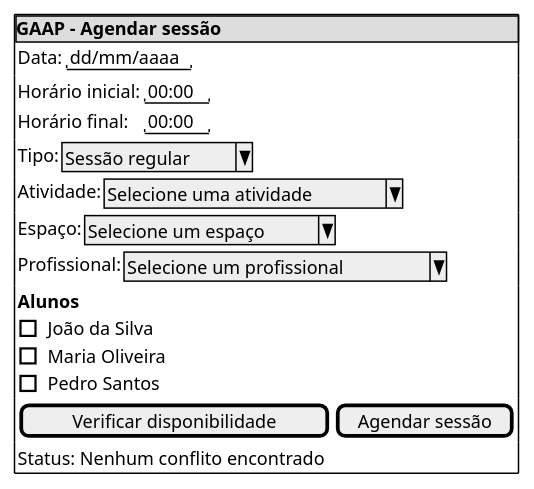
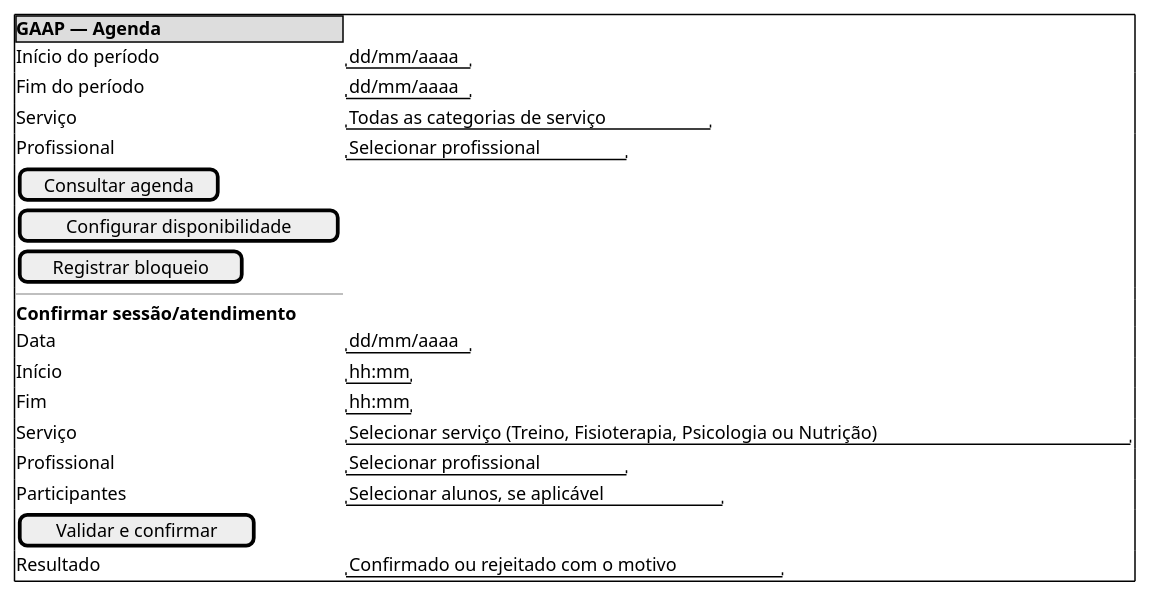
One commit to Projetos-de-Extensao/PECDII_26.2_8001_I changed the third of 5 diagrams in docs/Iniciacao/prototipo_baixa_fidelidade.md. Above: the diagram before and after it, drawn with PlantUML. The commit also changed other lines of this file and 15 other files, not shown here.

````diff
--- a/docs/Iniciacao/prototipo_baixa_fidelidade.md
+++ b/docs/Iniciacao/prototipo_baixa_fidelidade.md
@@ -148,47 +56,24 @@
 ```plantuml
 @startsalt
 {+
-    {* <b>GAAP - Agendar sessão}
-
-    {
-        Data: | "dd/mm/aaaa"
-    }
-
-    {
-        Horário inicial: | "00:00"
-        Horário final: | "00:00"
-    }
-
-    {
-        Tipo: | ^Sessão regular^
-    }
-
-    {
-        Atividade: | ^Selecione uma atividade^
-    }
-
-    {
-        Espaço: | ^Selecione um espaço^
-    }
-
-    {
-        Profissional: | ^Selecione um profissional^
-    }
-
-    {
-        <b>Alunos
-        [ ] João da Silva
-        [ ] Maria Oliveira
-        [ ] Pedro Santos
-    }
-
-    {
-        [Verificar disponibilidade] | [Agendar sessão]
-    }
-
-    {
-        Status: Nenhum conflito encontrado
-    }
+  {* <b>GAAP — Agenda}
+  Início do período | "dd/mm/aaaa"
+  Fim do período | "dd/mm/aaaa"
+  Serviço | "Todas as categorias de serviço"
+  Profissional | "Selecionar profissional"
+  [Consultar agenda]
+  [Configurar disponibilidade]
+  [Registrar bloqueio]
+  --
+  <b>Confirmar sessão/atendimento
+  Data | "dd/mm/aaaa"
+  Início | "hh:mm"
+  Fim | "hh:mm"
+  Serviço | "Selecionar serviço (Treino, Fisioterapia, Psicologia ou Nutrição)"
+  Profissional | "Selecionar profissional"
+  Participantes | "Selecionar alunos, se aplicável"
+  [Validar e confirmar]
+  Resultado | "Confirmado ou rejeitado com o motivo"
 }
 @endsalt
 ```
````
